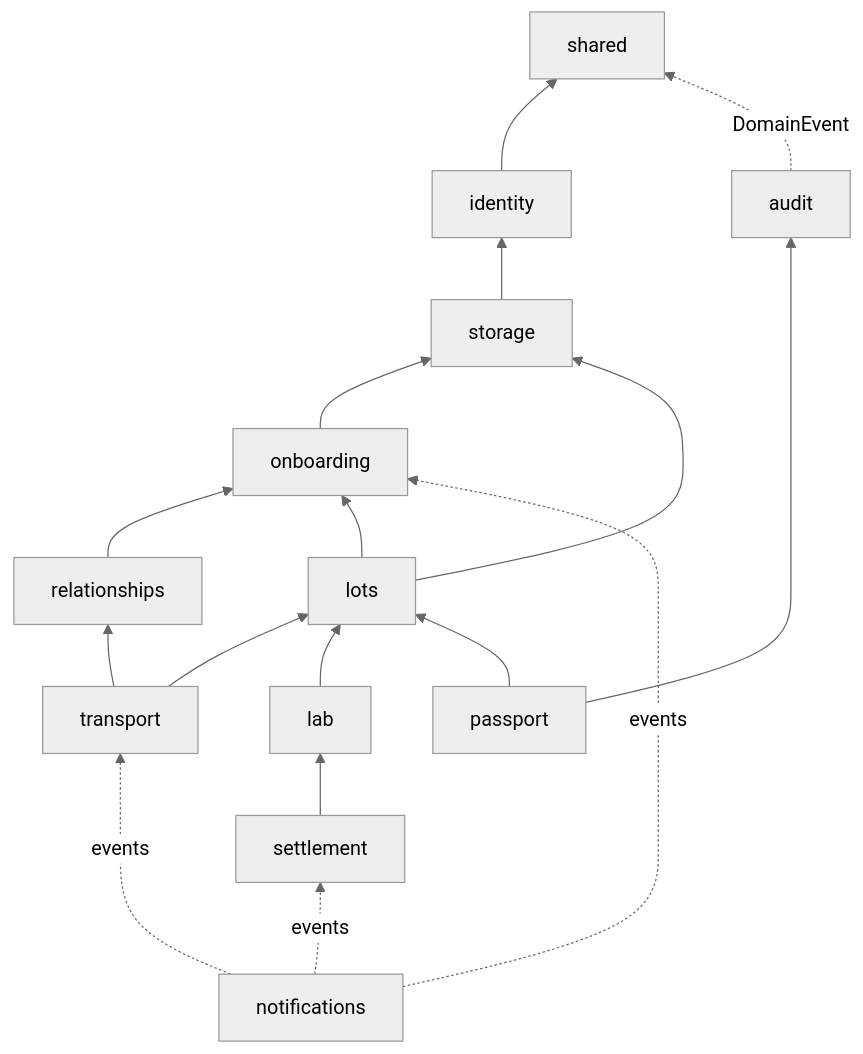
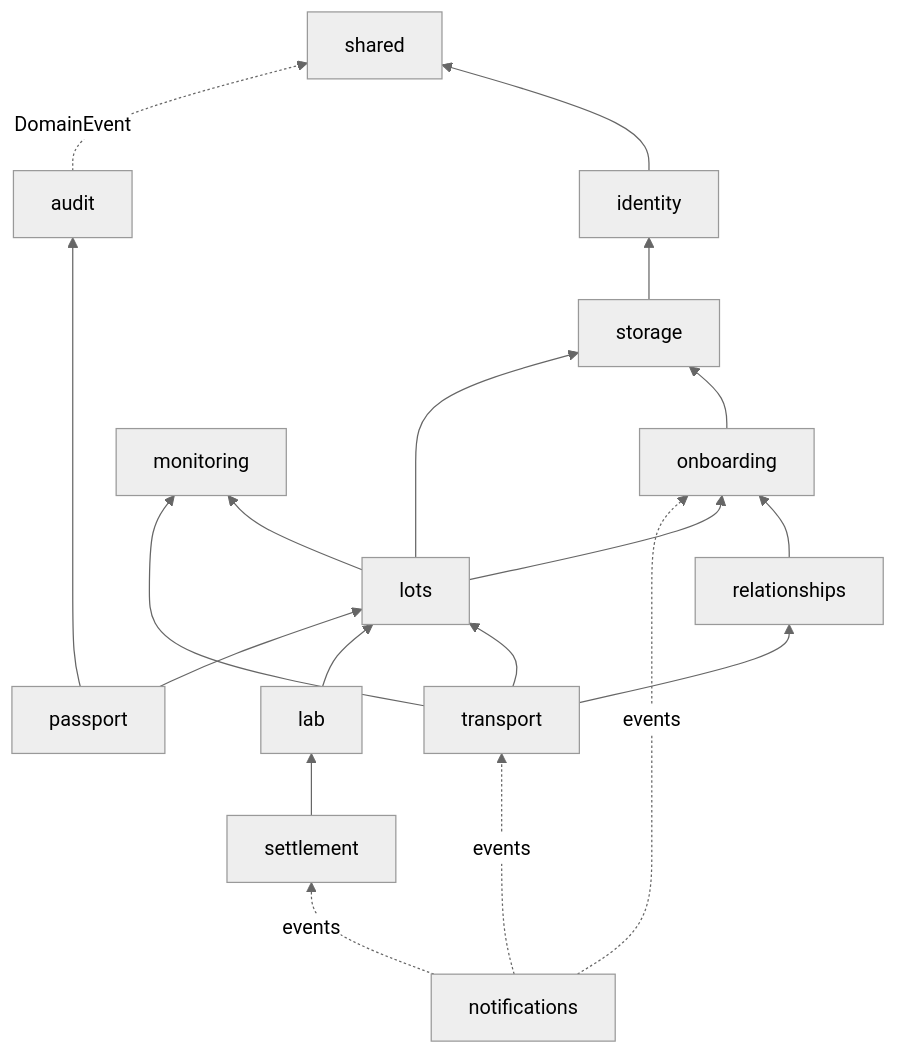
Before and after one commit to ssbsoftrepo/Gold-Passport: the second of 2 diagrams in docs/architecture.md, drawn with Mermaid (neutral theme). The commit also changed other lines of this file and 20 other files, not shown here.

````diff
--- a/docs/architecture.md
+++ b/docs/architecture.md
@@ -61,20 +62,22 @@
 ```mermaid
 flowchart BT
     shared
     identity --> shared
     storage --> identity
     onboarding --> storage
     relationships --> onboarding
     lots --> onboarding
     lots --> storage
     transport --> lots
     transport --> relationships
     lab --> lots
     settlement --> lab
     notifications -. events .-> transport
     notifications -. events .-> settlement
     notifications -. events .-> onboarding
     audit -. DomainEvent .-> shared
     passport --> lots
     passport --> audit
+    lots --> monitoring
+    transport --> monitoring
 ```
````
